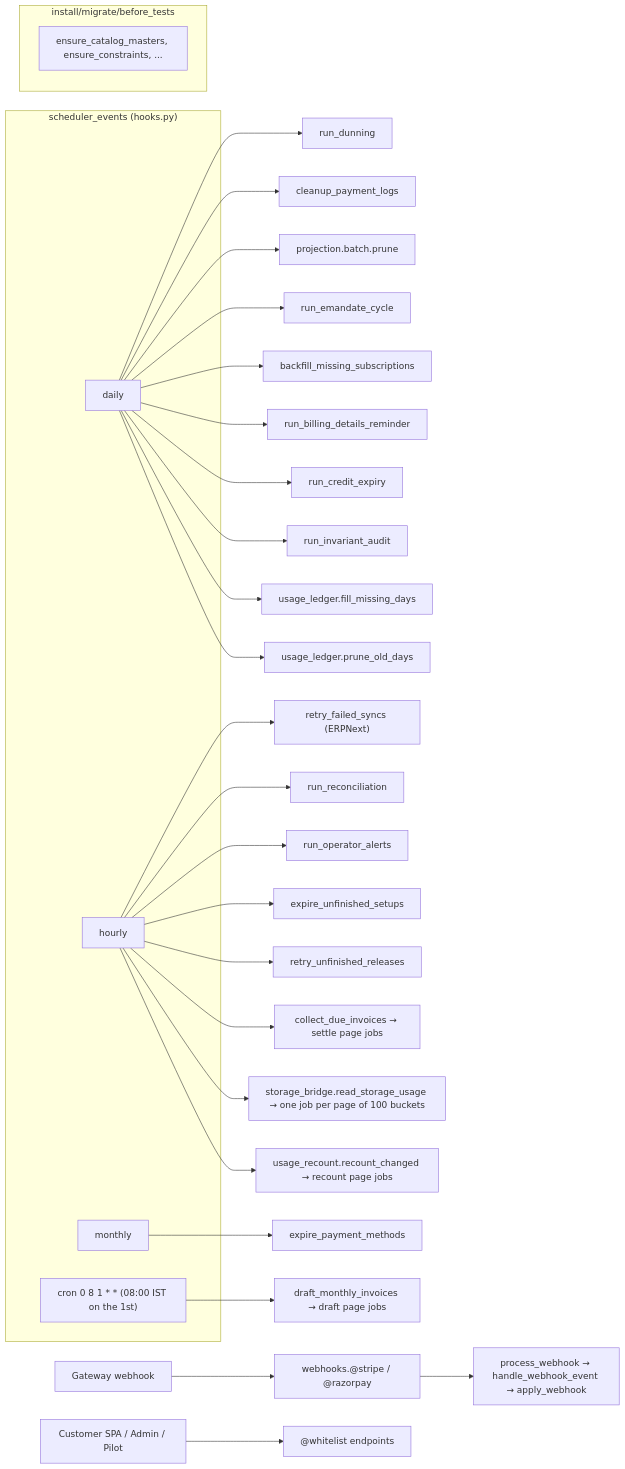
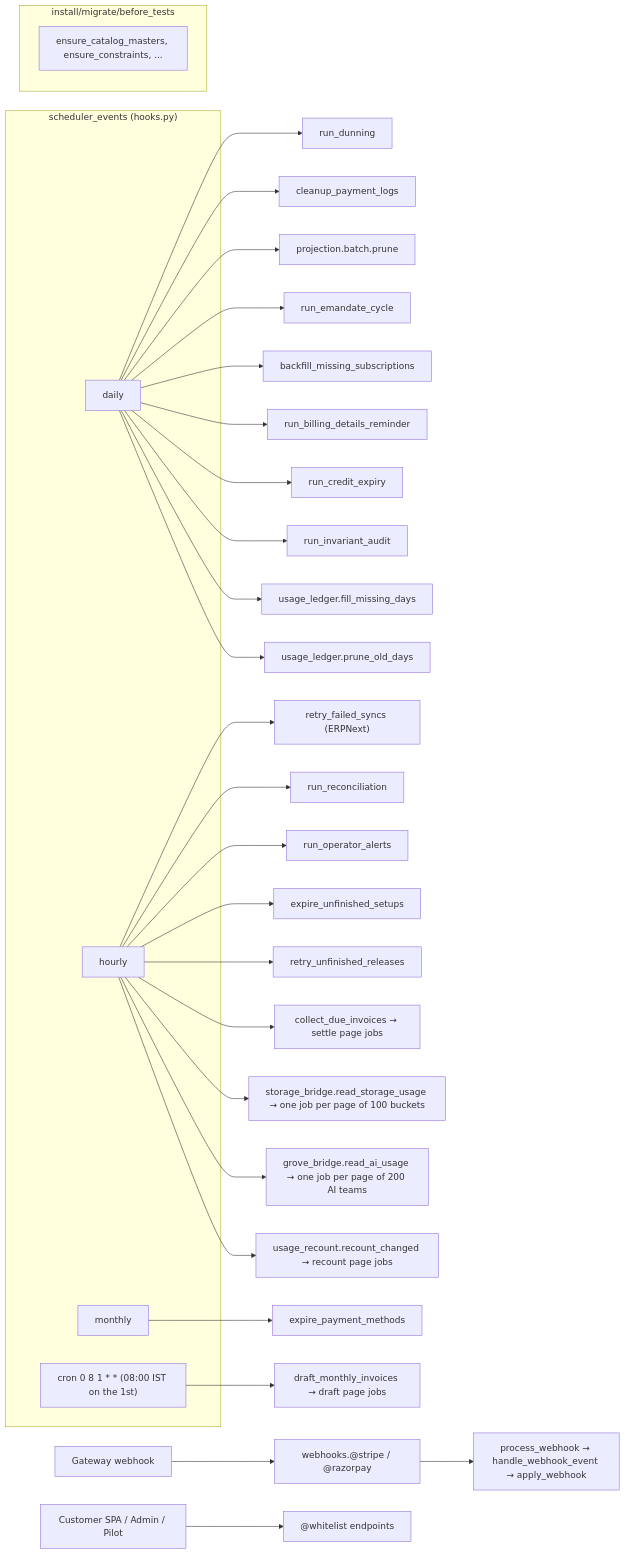
One commit to frappe/central changed the third of 8 diagrams in central/billing/ARCHITECTURE.md. Above: the diagram before and after it, drawn with Mermaid. The commit also changed other lines of this file, not shown here.

Commit message:
docs(billing): describe ai billing from grove

````diff
--- a/central/billing/ARCHITECTURE.md
+++ b/central/billing/ARCHITECTURE.md
@@ -216,37 +217,38 @@
 ```mermaid
 flowchart LR
     subgraph SCHED["scheduler_events (hooks.py)"]
         D1["daily"]
         H1["hourly"]
         M1["monthly"]
         C1["cron 0 8 1 * * (08:00 IST on the 1st)"]
     end
     D1 --> RD["run_dunning"]
     D1 --> CP["cleanup_payment_logs"]
     D1 --> PR["projection.batch.prune"]
     D1 --> EM["run_emandate_cycle"]
     D1 --> BF["backfill_missing_subscriptions"]
     D1 --> BR["run_billing_details_reminder"]
     D1 --> CE["run_credit_expiry"]
     D1 --> IA["run_invariant_audit"]
     D1 --> FMD["usage_ledger.fill_missing_days"]
     D1 --> POD["usage_ledger.prune_old_days"]
     H1 --> RF["retry_failed_syncs (ERPNext)"]
     H1 --> RR["run_reconciliation"]
     H1 --> OA["run_operator_alerts"]
     H1 --> SE["expire_unfinished_setups"]
     H1 --> SR["retry_unfinished_releases"]
     C1 --> DMI["draft_monthly_invoices → draft page jobs"]
     M1 --> EX["expire_payment_methods"]
     H1 --> CDI["collect_due_invoices → settle page jobs"]
     H1 --> RSU["storage_bridge.read_storage_usage → one job per page of 100 buckets"]
+    H1 --> RAI["grove_bridge.read_ai_usage → one job per page of 200 AI teams"]
     H1 --> RCC["usage_recount.recount_changed → recount page jobs"]
 
     subgraph INSTALL["install/migrate/before_tests"]
         ECM["ensure_catalog_masters, ensure_constraints, ..."]
     end
 
     EXT["Gateway webhook"] --> WH["webhooks.@stripe / @razorpay"]
     WH --> PW["process_webhook → handle_webhook_event → apply_webhook"]
     UI["Customer SPA / Admin / Pilot"] --> API["@whitelist endpoints"]
 ```
````
